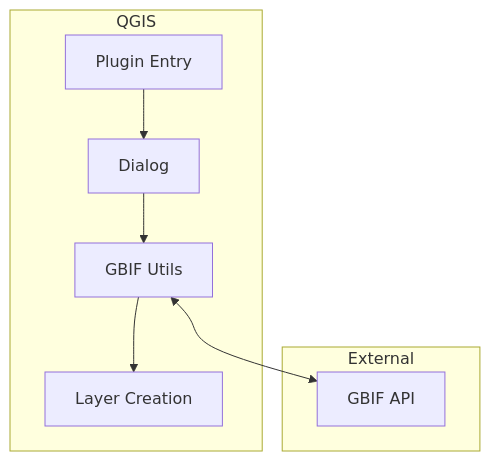
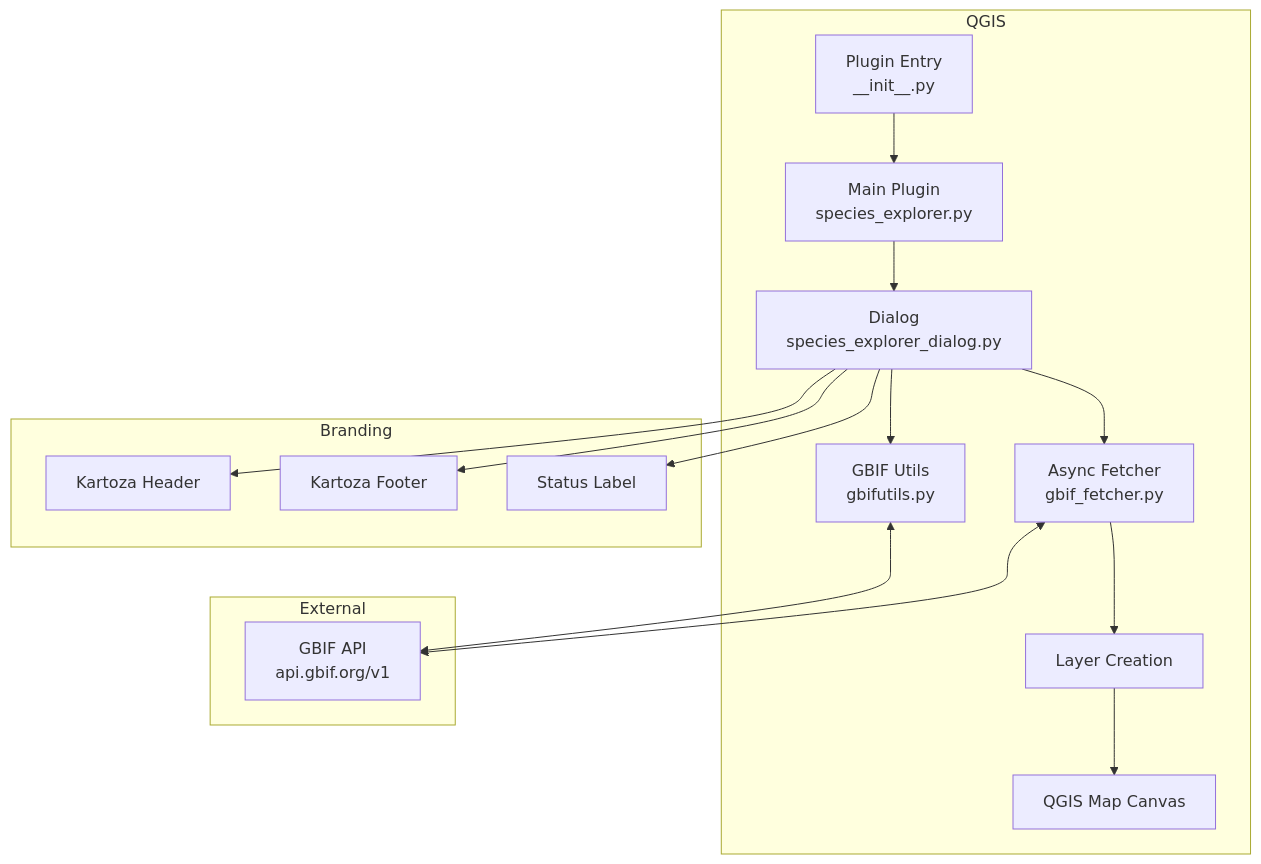
One commit to kartoza/SpeciesExplorer changed the first of 4 diagrams in docs/developer/architecture.md. Above: the diagram before and after it, drawn with Mermaid. The commit also changed other lines of this file and 5 other files, not shown here.

````diff
--- a/docs/developer/architecture.md
+++ b/docs/developer/architecture.md
@@ -9,14 +9,27 @@
 ```mermaid
 graph TB
     subgraph QGIS
-        A[Plugin Entry] --> B[Dialog]
-        B --> C[GBIF Utils]
-        C --> D[Layer Creation]
+        A[Plugin Entry<br/>__init__.py] --> B[Main Plugin<br/>species_explorer.py]
+        B --> C[Dialog<br/>species_explorer_dialog.py]
+        C --> D[GBIF Utils<br/>gbifutils.py]
+        C --> E[Async Fetcher<br/>gbif_fetcher.py]
+        E --> F[Layer Creation]
+        F --> G[QGIS Map Canvas]
+    end
+
+    subgraph Branding
+        H[Kartoza Header]
+        I[Kartoza Footer]
+        J[Status Label]
     end
 
     subgraph External
-        E[GBIF API]
+        K[GBIF API<br/>api.gbif.org/v1]
     end
 
-    C <--> E
+    C --> H
+    C --> I
+    C --> J
+    D <--> K
+    E <--> K
 ```
````
